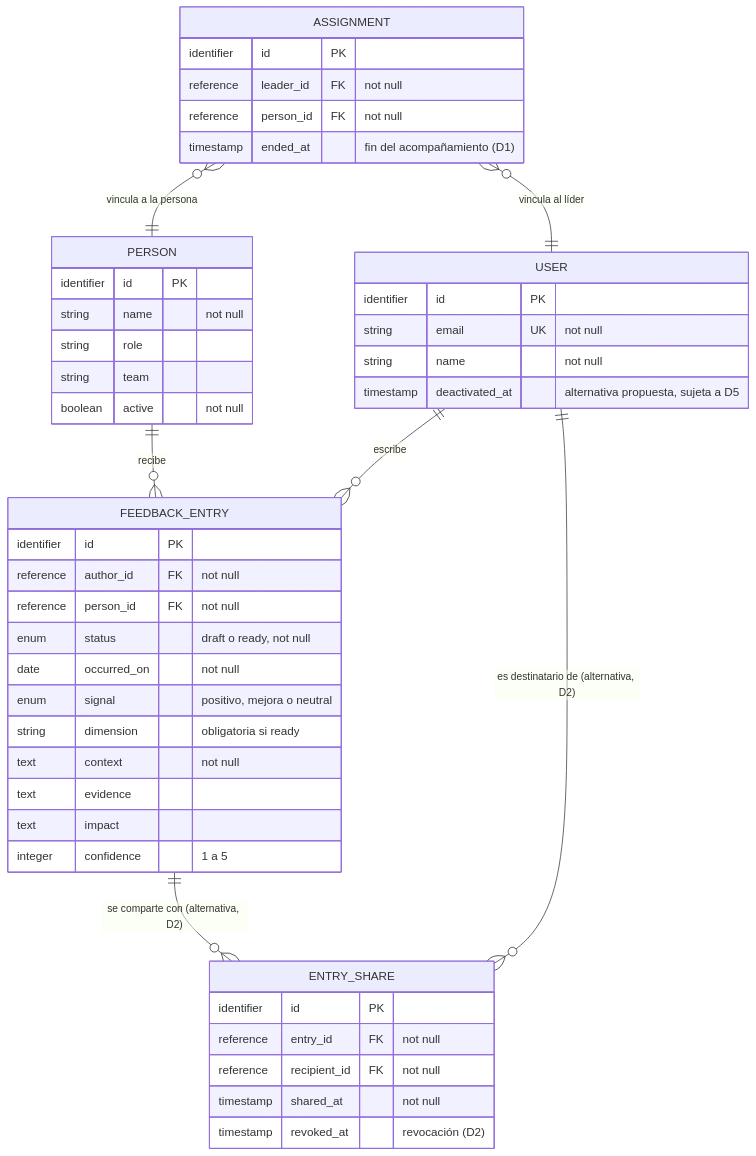
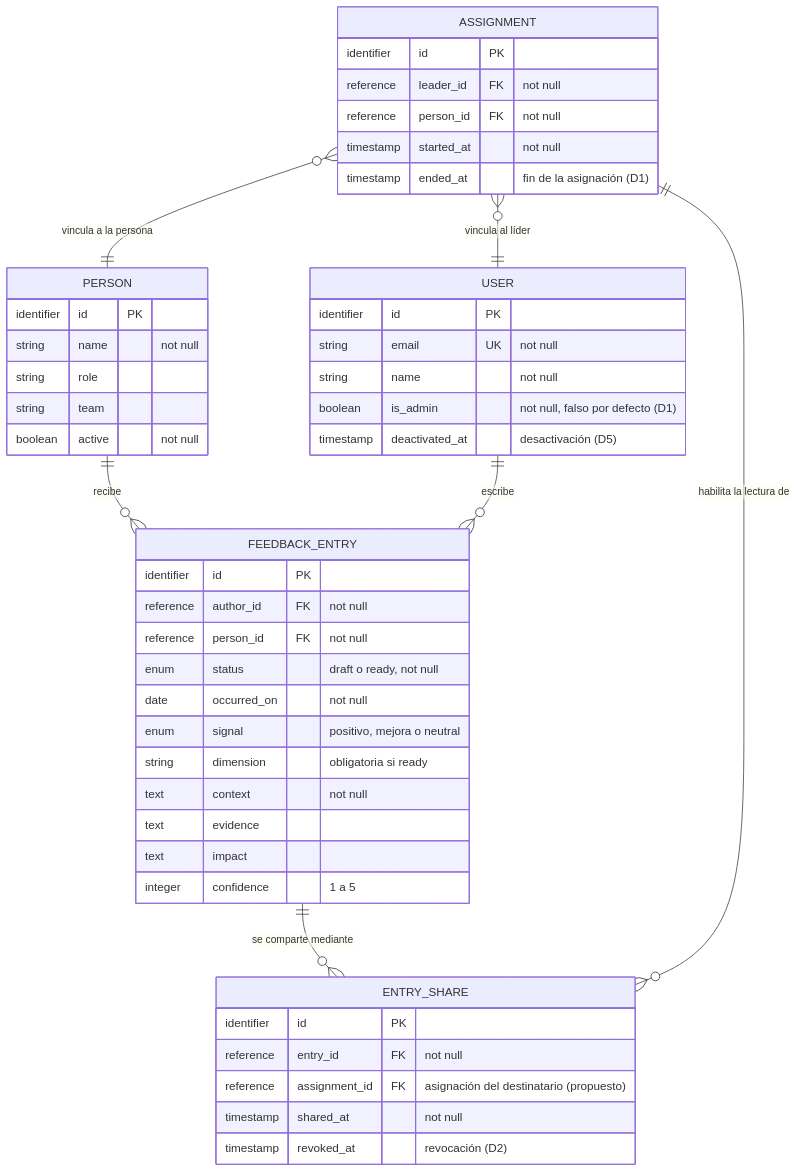
The fourth of 4 diagrams in README.md (pablo-wpify/ensayo-openspec-growth-log), drawn with Mermaid before and after one commit. The commit also changed other lines of this file and 7 other files, not shown here.

````diff
--- a/README.md
+++ b/README.md
@@ -381,48 +414,50 @@
 ```mermaid
 erDiagram
   ASSIGNMENT }o--|| PERSON : "vincula a la persona"
   ASSIGNMENT }o--|| USER : "vincula al líder"
   PERSON ||--o{ FEEDBACK_ENTRY : "recibe"
   USER ||--o{ FEEDBACK_ENTRY : "escribe"
-  FEEDBACK_ENTRY ||--o{ ENTRY_SHARE : "se comparte con (alternativa, D2)"
-  USER ||--o{ ENTRY_SHARE : "es destinatario de (alternativa, D2)"
+  FEEDBACK_ENTRY ||--o{ ENTRY_SHARE : "se comparte mediante"
+  ASSIGNMENT ||--o{ ENTRY_SHARE : "habilita la lectura de"
   USER {
     identifier id PK
     string email UK "not null"
     string name "not null"
-    timestamp deactivated_at "alternativa propuesta, sujeta a D5"
+    boolean is_admin "not null, falso por defecto (D1)"
+    timestamp deactivated_at "desactivación (D5)"
   }
   PERSON {
     identifier id PK
     string name "not null"
     string role
     string team
     boolean active "not null"
   }
   ASSIGNMENT {
     identifier id PK
     reference leader_id FK "not null"
     reference person_id FK "not null"
-    timestamp ended_at "fin del acompañamiento (D1)"
+    timestamp started_at "not null"
+    timestamp ended_at "fin de la asignación (D1)"
   }
   FEEDBACK_ENTRY {
     identifier id PK
     reference author_id FK "not null"
     reference person_id FK "not null"
     enum status "draft o ready, not null"
     date occurred_on "not null"
     enum signal "positivo, mejora o neutral"
     string dimension "obligatoria si ready"
     text context "not null"
     text evidence
     text impact
     integer confidence "1 a 5"
   }
   ENTRY_SHARE {
     identifier id PK
     reference entry_id FK "not null"
-    reference recipient_id FK "not null"
+    reference assignment_id FK "asignación del destinatario (propuesto)"
     timestamp shared_at "not null"
     timestamp revoked_at "revocación (D2)"
   }
 ```
````
